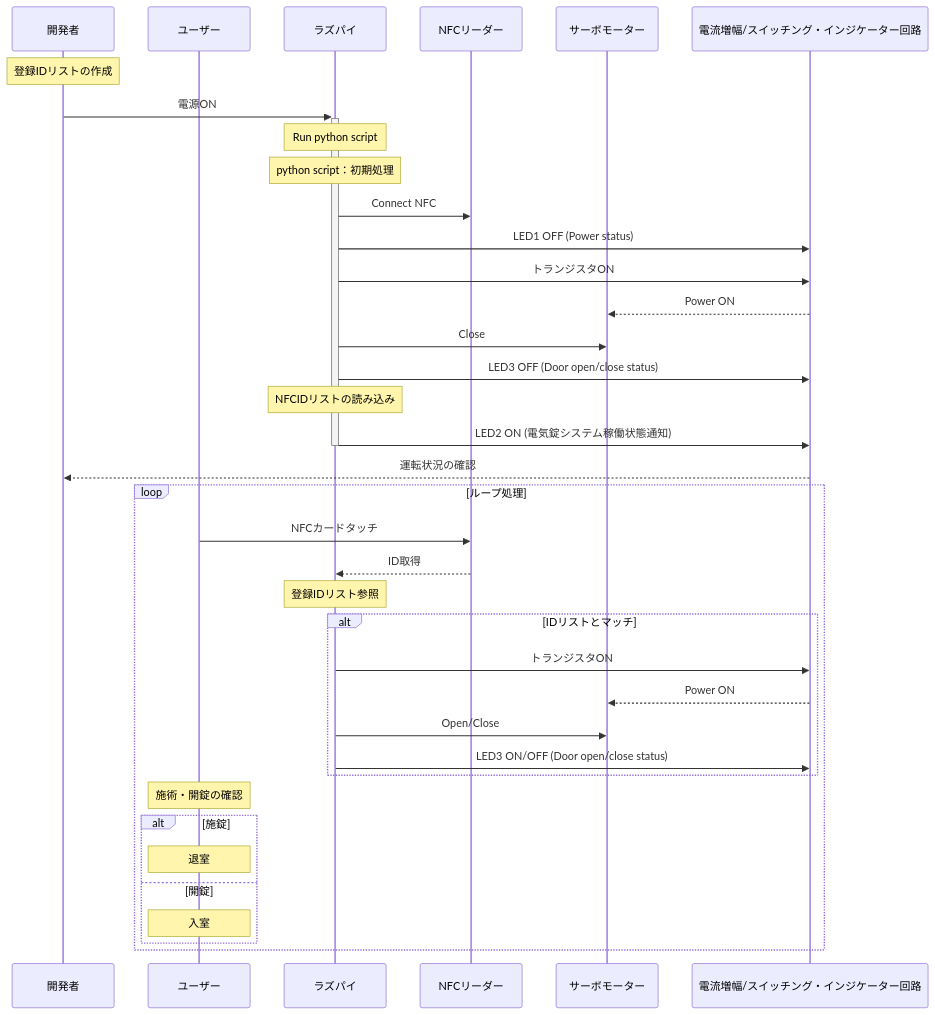
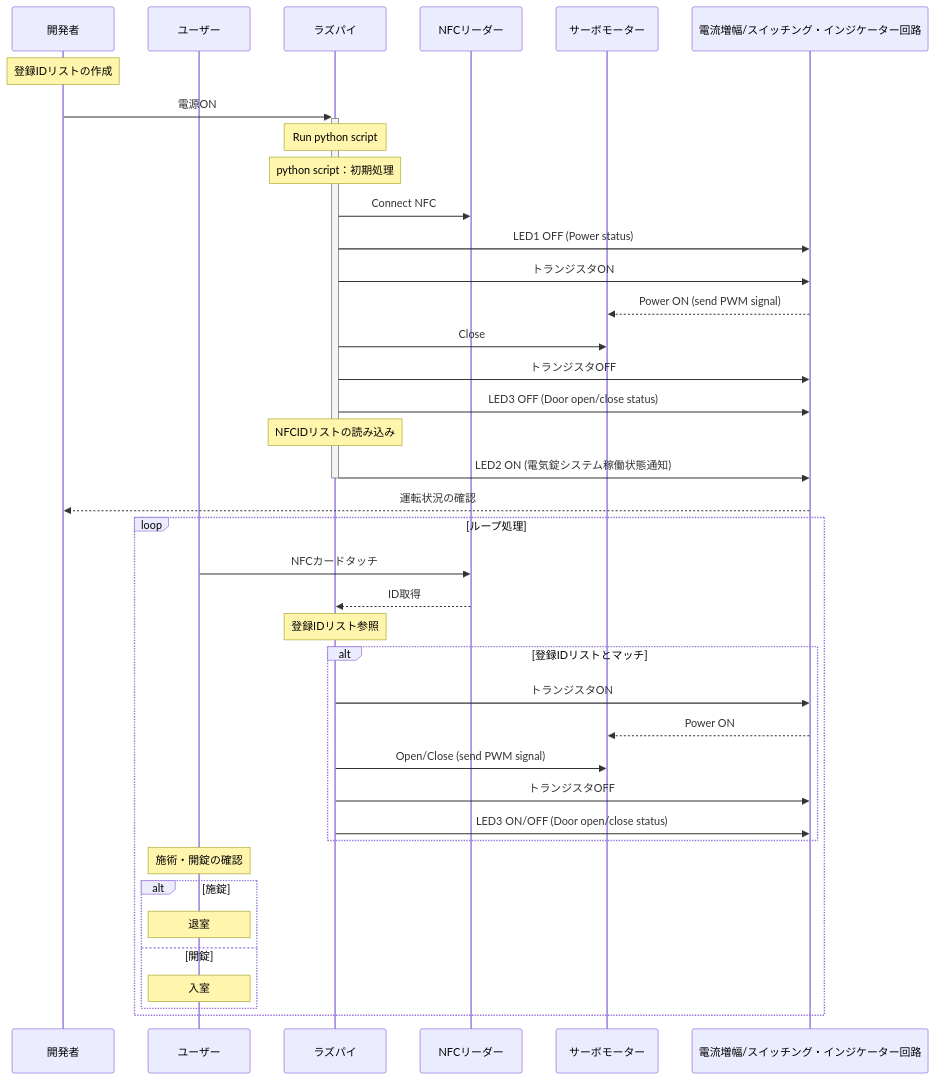
One commit to YUKI-SOKENDAI/SmartLock changed the second of 2 diagrams in memo/SystemMEMO.md. Above: the diagram before and after it, drawn with Mermaid.

````diff
--- a/memo/SystemMEMO.md
+++ b/memo/SystemMEMO.md
@@ -63,47 +63,49 @@
 ```mermaid
 sequenceDiagram
     participant user as 開発者
     participant user1 as ユーザー
     participant raspi as ラズパイ
     participant nfc as NFCリーダー
     participant servo as サーボモーター
     participant circuit as 電流増幅/スイッチング・インジケーター回路
     
     # hoge
     Note over user: 登録IDリストの作成
     user->>+raspi: 電源ON
     Note over raspi : Run python script
     Note over raspi : python script：初期処理
     
     raspi->>nfc: Connect NFC
     raspi->>circuit: LED1 OFF (Power status)
     raspi->>circuit: トランジスタON
-    circuit-->>servo: Power ON
+    circuit-->>servo: Power ON (send PWM signal)
     raspi->>servo: Close
+    raspi->>circuit: トランジスタOFF
     raspi->>circuit: LED3 OFF (Door open/close status)
     Note over raspi : NFCIDリストの読み込み
     raspi->>-circuit: LED2 ON (電気錠システム稼働状態通知)
     circuit-->>user: 運転状況の確認
     
     loop ループ処理
         user1->>nfc: NFCカードタッチ
         nfc-->>raspi:ID取得
         Note over raspi: 登録IDリスト参照
-        alt IDリストとマッチ
+        alt 登録IDリストとマッチ
             raspi->>circuit: トランジスタON
             circuit-->>servo: Power ON
-            raspi->>servo: Open/Close
+            raspi->>servo: Open/Close (send PWM signal)
+            raspi->>circuit: トランジスタOFF
             raspi->>circuit: LED3 ON/OFF (Door open/close status) 
         end
     
         Note over user1 : 施術・開錠の確認
         alt 施錠
             Note over user1 :退室
         else 開錠
             Note over user1 :入室
         end
     end
     
     #raspi-->>user: こんにちは！！
 
 ```
````
